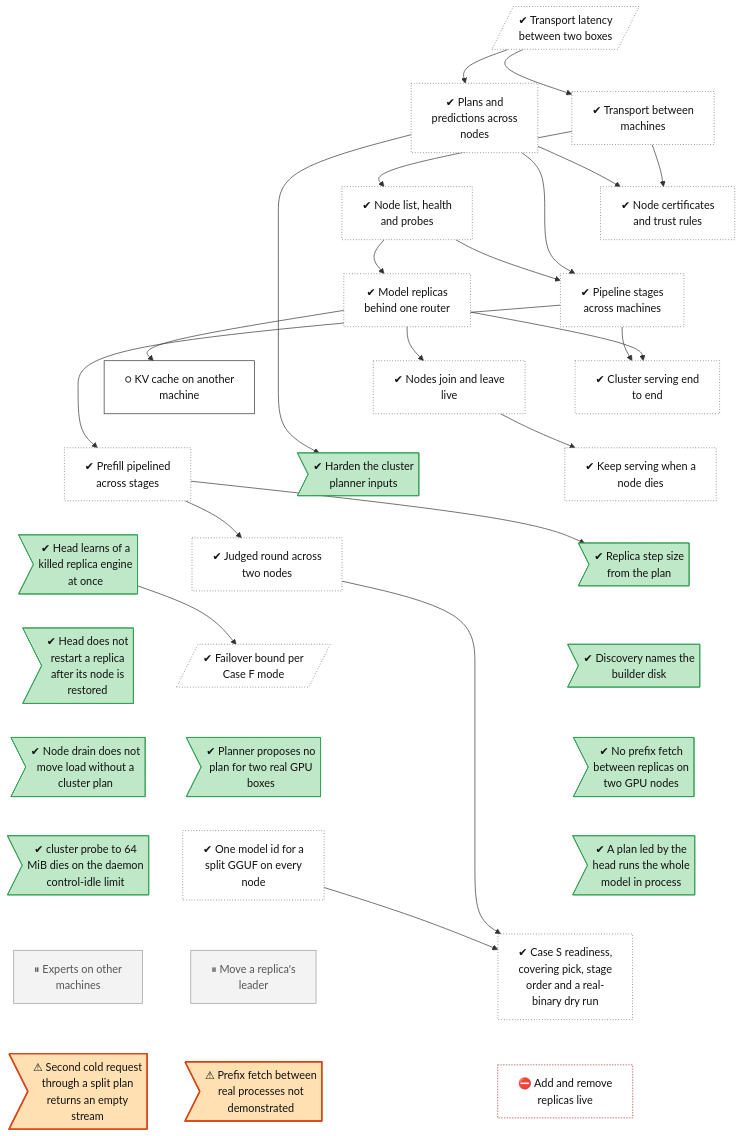
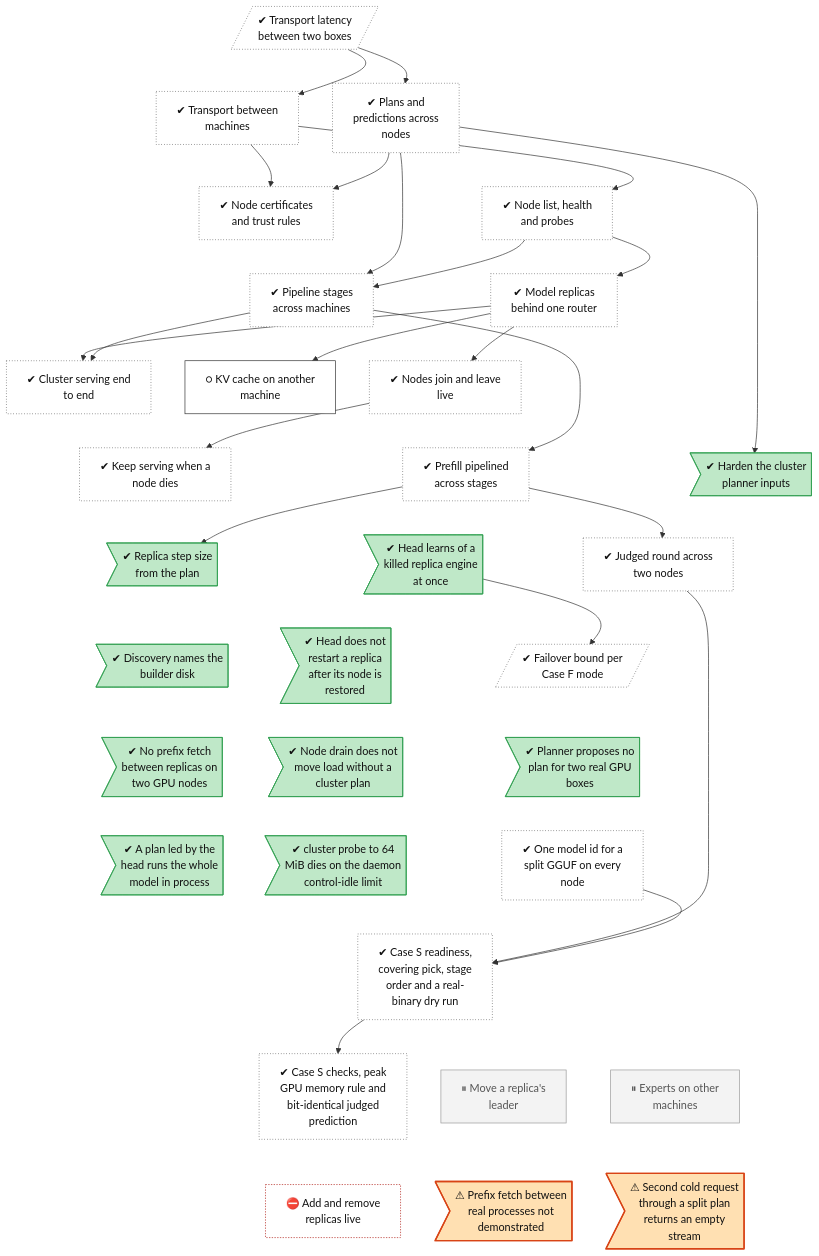
One commit to lhns/tetraeder changed the diagram in docs/roadmap/tracks/cluster.md. Above: the diagram before and after it, drawn with Mermaid. The commit also changed other lines of this file and 3 other files, not shown here.

Commit message:
Phase 6 Case S checks (ADR 0091, 0092); not measured: tree pages rebuilt after merging main

```diff
--- a/docs/roadmap/tracks/cluster.md
+++ b/docs/roadmap/tracks/cluster.md
@@ -35,6 +35,7 @@
     cluster_sharded_model_id["✔ One model id for a<br/>split GGUF on every<br/>node"]
     cluster_probe_control_idle>"✔ cluster probe to 64<br/>MiB dies on the daemon<br/>control-idle limit"]
     cluster_case_s_ready["✔ Case S readiness,<br/>covering pick, stage<br/>order and a real-<br/>binary dry run"]
+    cluster_case_s_checks["✔ Case S checks, peak<br/>GPU memory rule and<br/>bit-identical judged<br/>prediction"]
     cluster_leader_move["⏸ Move a replica's<br/>leader"]
     cluster_experts_nodes["⏸ Experts on other<br/>machines"]
     cluster_replica_scaling["⛔ Add and remove<br/>replicas live"]
@@ -65,9 +66,12 @@
     cluster_plan_source_gpu_segments ~~~ cluster_sharded_model_id
     cluster_drain_without_plan ~~~ cluster_probe_control_idle
     cluster_head_led_plan_ignores_segments ~~~ cluster_case_s_ready
-    cluster_sharded_model_id ~~~ cluster_leader_move
-    cluster_probe_control_idle ~~~ cluster_experts_nodes
-    cluster_case_s_ready ~~~ cluster_replica_scaling
+    cluster_sharded_model_id ~~~ cluster_case_s_ready
+    cluster_probe_control_idle ~~~ cluster_case_s_ready
+    cluster_case_s_ready ~~~ cluster_case_s_checks
+    cluster_case_s_ready ~~~ cluster_leader_move
+    cluster_case_s_ready ~~~ cluster_experts_nodes
+    cluster_case_s_checks ~~~ cluster_replica_scaling
     cluster_leader_move ~~~ cluster_prefix_fetch_not_observed
     cluster_experts_nodes ~~~ cluster_second_cold_request_empty
     cluster_transport_wan --> cluster_transport
@@ -90,6 +94,7 @@
     cluster_mode1_detection --> cluster_failover_bound
     cluster_judged_round_cmd --> cluster_case_s_ready
     cluster_sharded_model_id --> cluster_case_s_ready
+    cluster_case_s_ready --> cluster_case_s_checks
     classDef vsucc fill:#2e9e4f,stroke:#1b6b34,color:#fff
     classDef succ fill:#bfe8c8,stroke:#2e9e4f,color:#111
     classDef mixed fill:#ffd37a,stroke:#c98a00,color:#111
@@ -104,7 +109,7 @@
     classDef decided fill:#ece0f7,stroke:#7b3fb5,stroke-dasharray:2 2,color:#111
     classDef finding fill:#ffe0b2,stroke:#d84315,stroke-width:2px,color:#111
     classDef waiting fill:#e3f2fd,stroke:#1f6fc5,stroke-dasharray:5 5,color:#111
-    class cluster_transport_wan,cluster_transport,cluster_planner,cluster_mtls,cluster_discovery,cluster_pipeline_nodes,cluster_replicas,cluster_integration,cluster_join_leave,cluster_failover,cluster_pipeline_prefill,cluster_judged_round_cmd,cluster_failover_bound,cluster_sharded_model_id,cluster_case_s_ready unrated
+    class cluster_transport_wan,cluster_transport,cluster_planner,cluster_mtls,cluster_discovery,cluster_pipeline_nodes,cluster_replicas,cluster_integration,cluster_join_leave,cluster_failover,cluster_pipeline_prefill,cluster_judged_round_cmd,cluster_failover_bound,cluster_sharded_model_id,cluster_case_s_ready,cluster_case_s_checks unrated
     class cluster_remote_kv next
     class cluster_planner_hardening,cluster_step_tokens_from_plan,cluster_mode1_detection,cluster_discovery_disk_names,cluster_rejoin_after_restore,cluster_prefix_fetch_not_triggered,cluster_plan_source_gpu_segments,cluster_drain_without_plan,cluster_head_led_plan_ignores_segments,cluster_probe_control_idle succ
     class cluster_leader_move,cluster_experts_nodes parked
```
